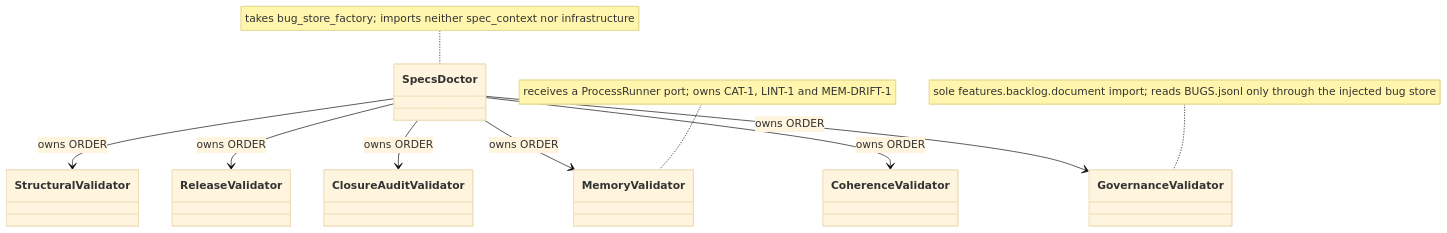
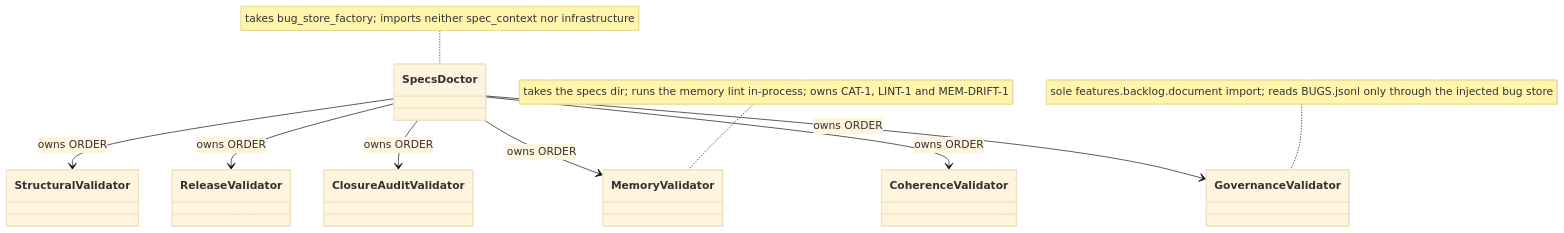
One commit to marcoaureliomenezes/dadaia-workspace changed the first of 3 diagrams in specs/memory/ARCHITECTURE.md. Above: the diagram before and after it, drawn with Mermaid (base theme). The commit also changed other lines of this file and 111 other files, not shown here.

````diff
--- a/specs/memory/ARCHITECTURE.md
+++ b/specs/memory/ARCHITECTURE.md
@@ -121,19 +123,19 @@
 ```mermaid
 classDiagram
     class SpecsDoctor
     class StructuralValidator
     class MemoryValidator
     class ReleaseValidator
     class ClosureAuditValidator
     class GovernanceValidator
     class CoherenceValidator
     SpecsDoctor --> StructuralValidator : owns ORDER
     SpecsDoctor --> MemoryValidator : owns ORDER
     SpecsDoctor --> ReleaseValidator : owns ORDER
     SpecsDoctor --> ClosureAuditValidator : owns ORDER
     SpecsDoctor --> GovernanceValidator : owns ORDER
     SpecsDoctor --> CoherenceValidator : owns ORDER
-    note for MemoryValidator "receives a ProcessRunner port; owns CAT-1, LINT-1 and MEM-DRIFT-1"
+    note for MemoryValidator "takes the specs dir; runs the memory lint in-process; owns CAT-1, LINT-1 and MEM-DRIFT-1"
     note for GovernanceValidator "sole features.backlog.document import; reads BUGS.jsonl only through the injected bug store"
     note for SpecsDoctor "takes bug_store_factory; imports neither spec_context nor infrastructure"
 ```
````
